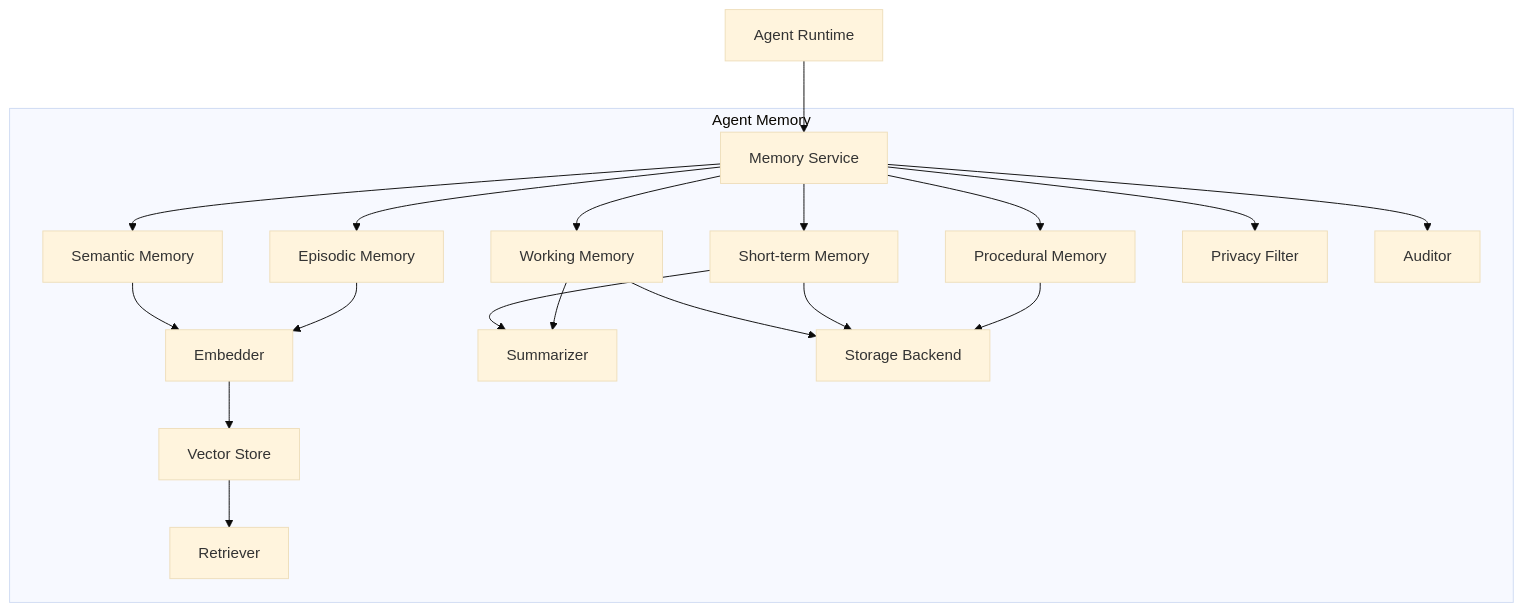
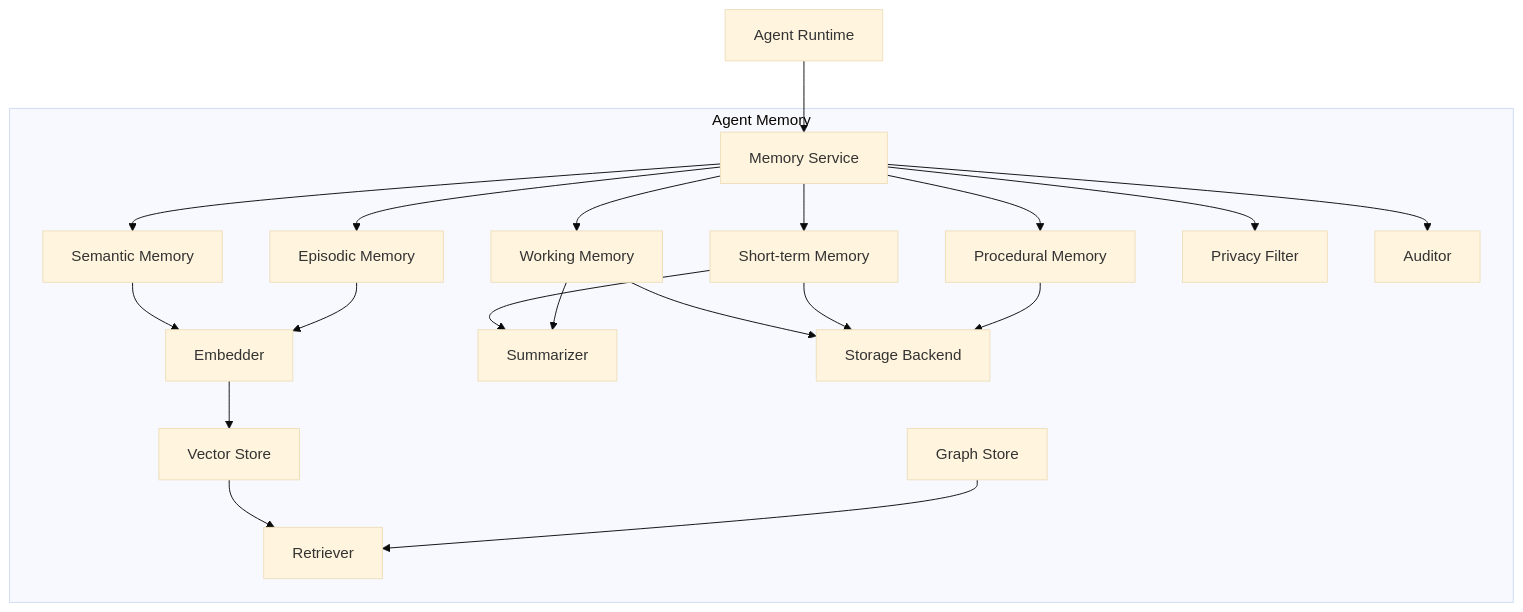
Before and after one commit to cypggs/AI_Infra_Handbook: the diagram in docs/05-agent/memory/05-core-modules.md, drawn with Mermaid (base theme). The commit also changed other lines of this file and 10 other files, not shown here.

Commit message:
更新 Agent Memory 主题至 2026-10：Zep/Graphiti 时序图谱、MemOS、sleep-time compute、LoCoMo/LongMemEval 基准、MCP Server 接入形态

````diff
--- a/docs/05-agent/memory/05-core-modules.md
+++ b/docs/05-agent/memory/05-core-modules.md
@@ -7,36 +7,38 @@
 ```mermaid
 flowchart TB
     subgraph Memory[Agent Memory]
         MS[Memory Service]
         WM[Working Memory]
         STM[Short-term Memory]
         SM[Semantic Memory]
         EM[Episodic Memory]
         PM[Procedural Memory]
         EMB[Embedder]
         VS[Vector Store]
+        GS[Graph Store]
         RET[Retriever]
         SUM[Summarizer]
         STO[Storage Backend]
         PF[Privacy Filter]
         AUD[Auditor]
     end
 
     RT[Agent Runtime] --> MS
     MS --> WM
     MS --> STM
     MS --> SM
     MS --> EM
     MS --> PM
     SM --> EMB
     EM --> EMB
     EMB --> VS
     VS --> RET
+    GS --> RET
     WM --> STO
     STM --> STO
     PM --> STO
     STM --> SUM
     WM --> SUM
     MS --> PF
     MS --> AUD
 ```
````
